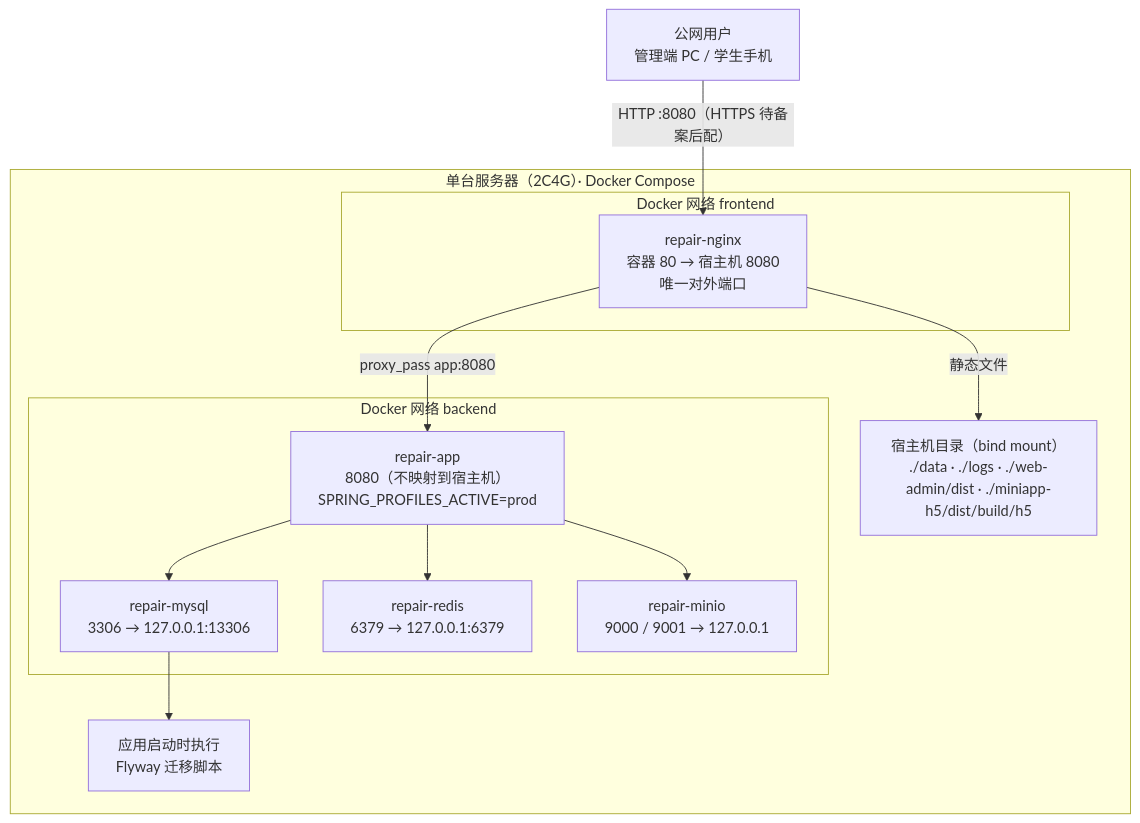
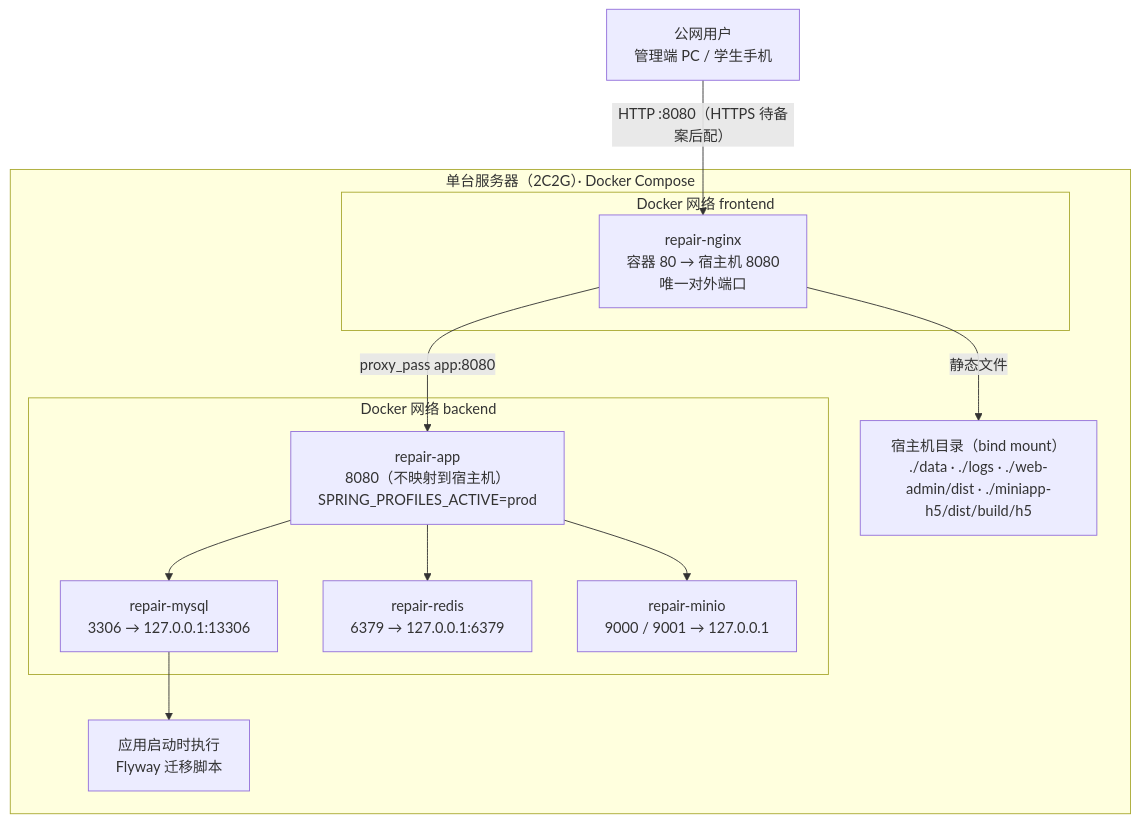
The third of 11 diagrams in docs/06-架构图.md (bluemalic/repair-platform), drawn with Mermaid before and after one commit. The commit also changed other lines of this file and 3 other files, not shown here.

````diff
--- a/docs/06-架构图.md
+++ b/docs/06-架构图.md
@@ -148,28 +148,28 @@
 ```mermaid
 flowchart TB
     user["公网用户<br/>管理端 PC / 学生手机"]
 
-    subgraph host["单台服务器（2C4G）· Docker Compose"]
+    subgraph host["单台服务器（2C2G）· Docker Compose"]
         subgraph netFront["Docker 网络 frontend"]
             ngx["repair-nginx<br/>容器 80 → 宿主机 8080<br/>唯一对外端口"]
         end
 
         subgraph netBack["Docker 网络 backend"]
             appC["repair-app<br/>8080（不映射到宿主机）<br/>SPRING_PROFILES_ACTIVE=prod"]
             mysqlC["repair-mysql<br/>3306 → 127.0.0.1:13306"]
             redisC["repair-redis<br/>6379 → 127.0.0.1:6379"]
             minioC["repair-minio<br/>9000 / 9001 → 127.0.0.1"]
         end
 
         vol["宿主机目录（bind mount）<br/>./data · ./logs · ./web-admin/dist · ./miniapp-h5/dist/build/h5"]
         init["应用启动时执行<br/>Flyway 迁移脚本"]
     end
 
     user -->|"HTTP :8080（HTTPS 待备案后配）"| ngx
     ngx -->|"静态文件"| vol
     ngx -->|"proxy_pass app:8080"| appC
     appC --> mysqlC
     appC --> redisC
     appC --> minioC
     mysqlC --> init
 ```
````
